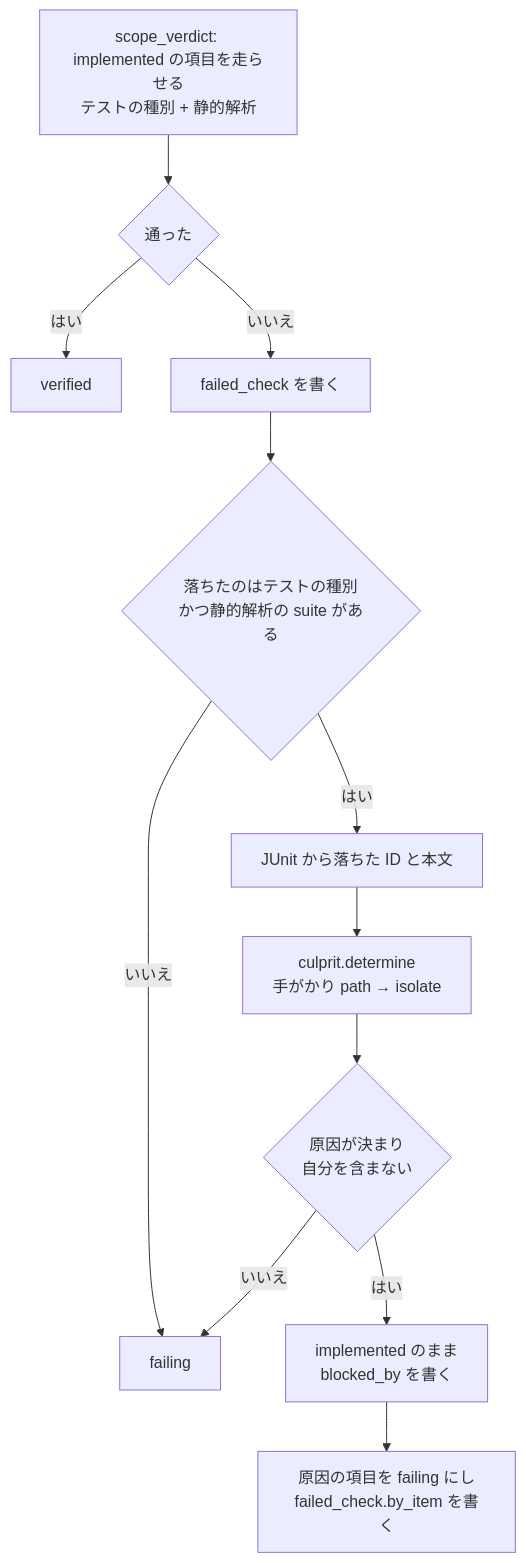
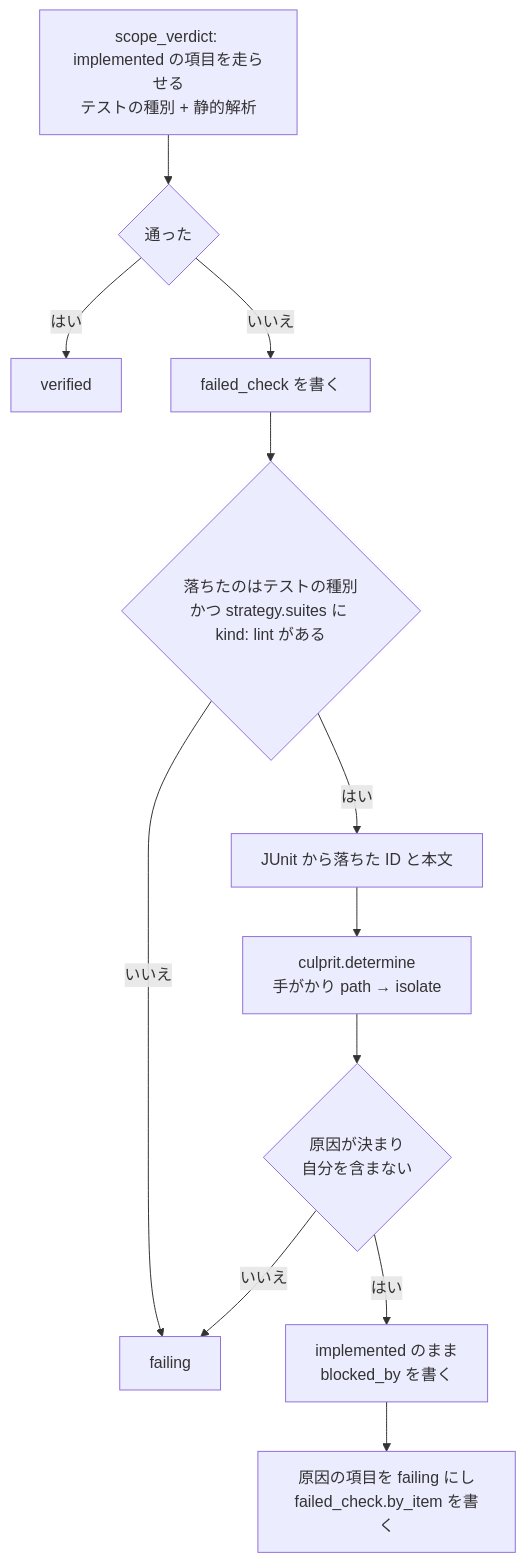
Before and after one commit to devbasex/ai-plugins: the fourth of 5 diagrams in issues/issue-1693-design.md, drawn with Mermaid. The commit also changed other lines of this file, not shown here.

Commit message:
docs(design): #1693 静的解析の suite の有無の判定元を strategy.suites と明記し、#1709 までの残りを書き足す

````diff
--- a/issues/issue-1693-design.md
+++ b/issues/issue-1693-design.md
@@ -289,14 +289,14 @@
 ```mermaid
 graph TD
   A[scope_verdict: implemented の項目を走らせる<br/>テストの種別 + 静的解析] --> B{通った}
   B -- はい --> V[verified]
   B -- いいえ --> C[failed_check を書く]
-  C --> K{落ちたのはテストの種別<br/>かつ静的解析の suite がある}
+  C --> K{落ちたのはテストの種別<br/>かつ strategy.suites に kind: lint がある}
   K -- いいえ --> F[failing]
   K -- はい --> J[JUnit から落ちた ID と本文]
   J --> D[culprit.determine<br/>手がかり path → isolate]
   D --> E{原因が決まり<br/>自分を含まない}
   E -- いいえ --> F
   E -- はい --> W[implemented のまま<br/>blocked_by を書く]
   W --> X[原因の項目を failing にし<br/>failed_check.by_item を書く]
 ```
````
